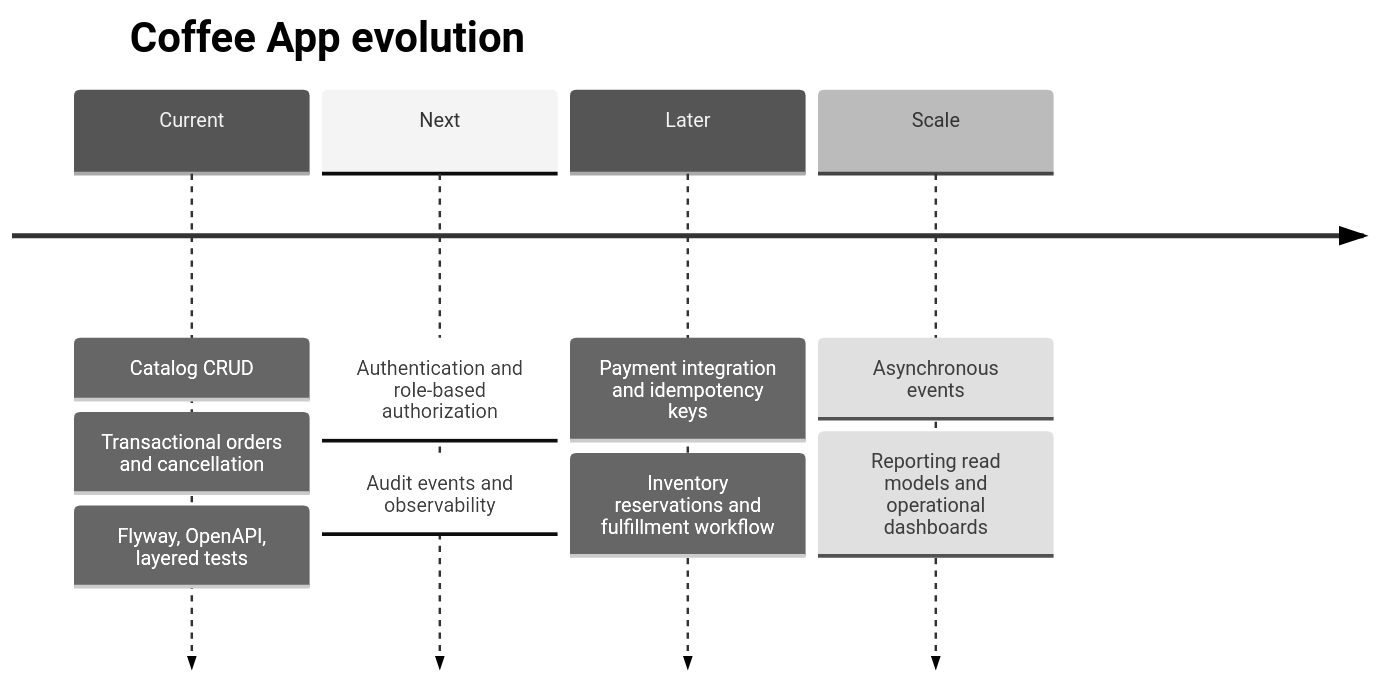
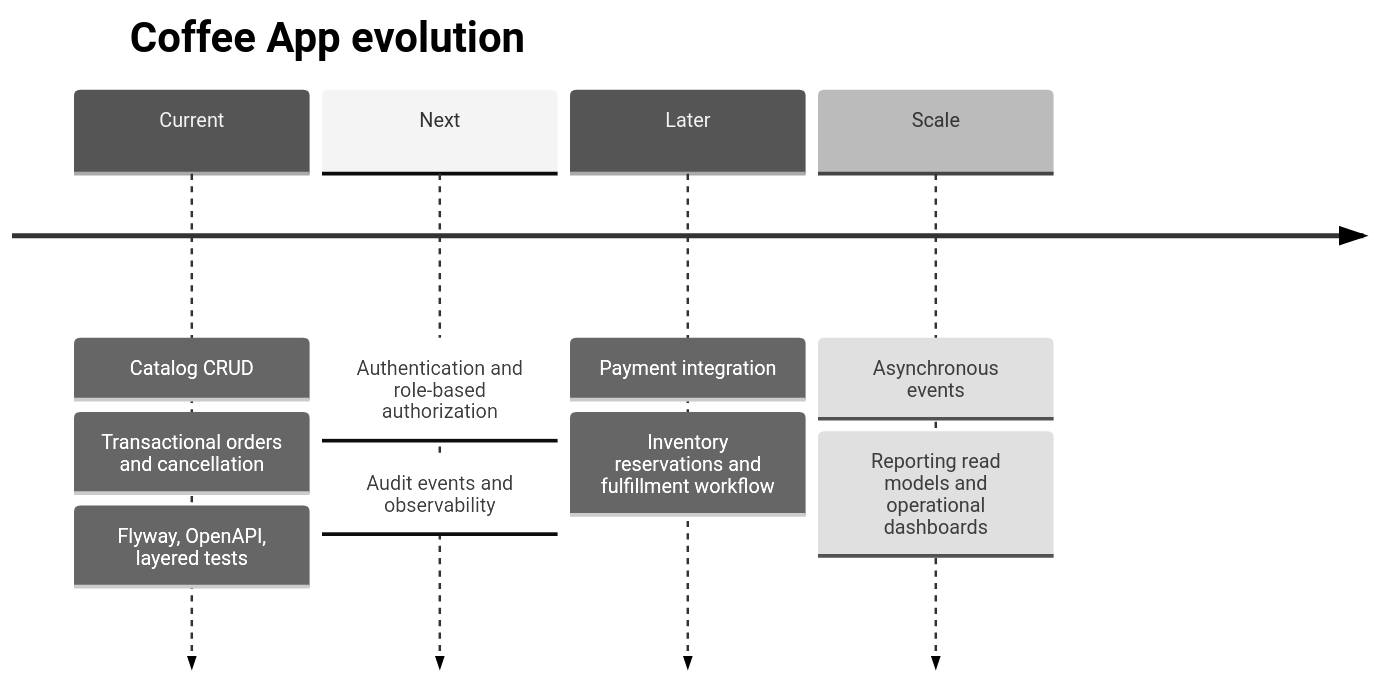
The diagram in docs/roadmap.md (YKalcheuskaya/coffee-app), drawn with Mermaid (neutral theme) before and after one commit. The commit also changed other lines of this file and 25 other files, not shown here.

````diff
--- a/docs/roadmap.md
+++ b/docs/roadmap.md
@@ -5,13 +5,13 @@
 ```mermaid
 timeline
     title Coffee App evolution
     Current : Catalog CRUD
             : Transactional orders and cancellation
             : Flyway, OpenAPI, layered tests
     Next : Authentication and role-based authorization
          : Audit events and observability
-    Later : Payment integration and idempotency keys
+    Later : Payment integration
           : Inventory reservations and fulfillment workflow
     Scale : Asynchronous events
           : Reporting read models and operational dashboards
 ```
````
